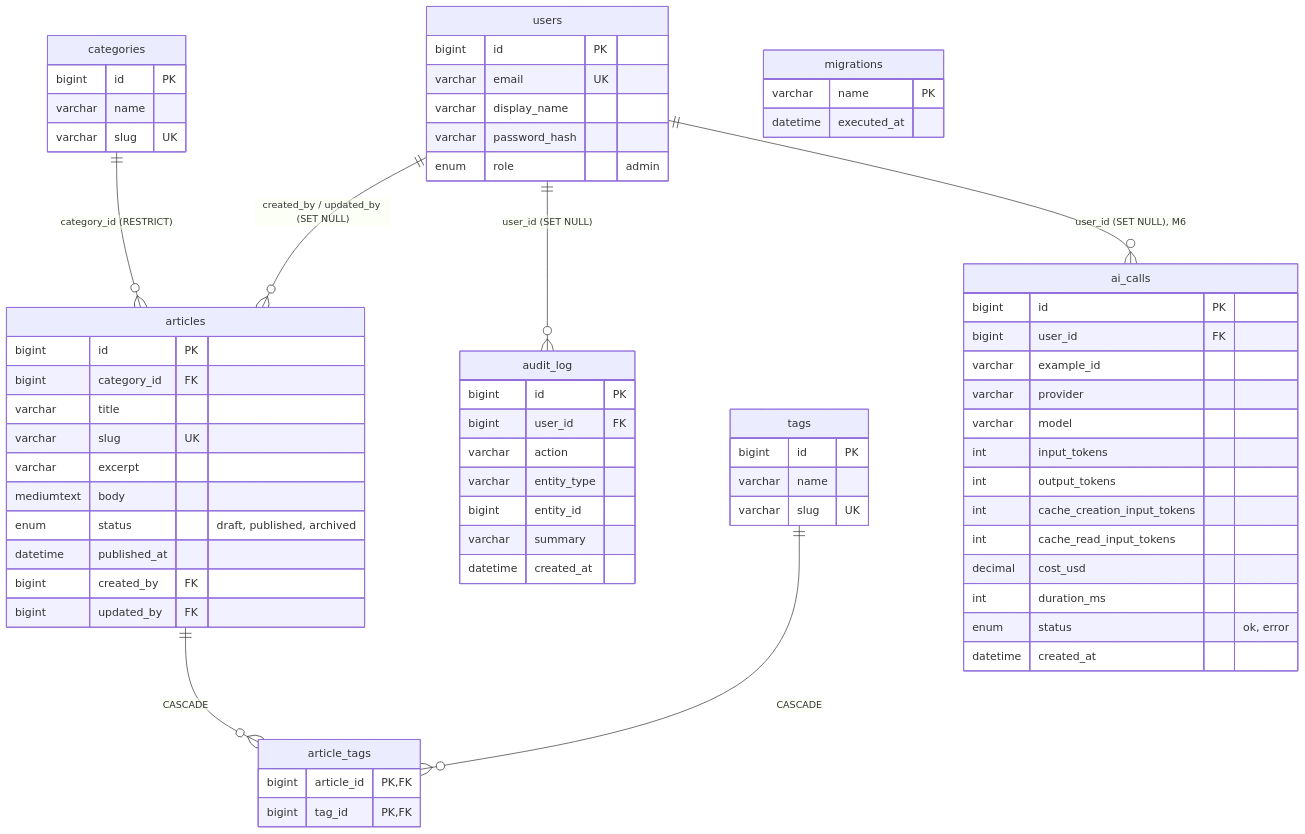
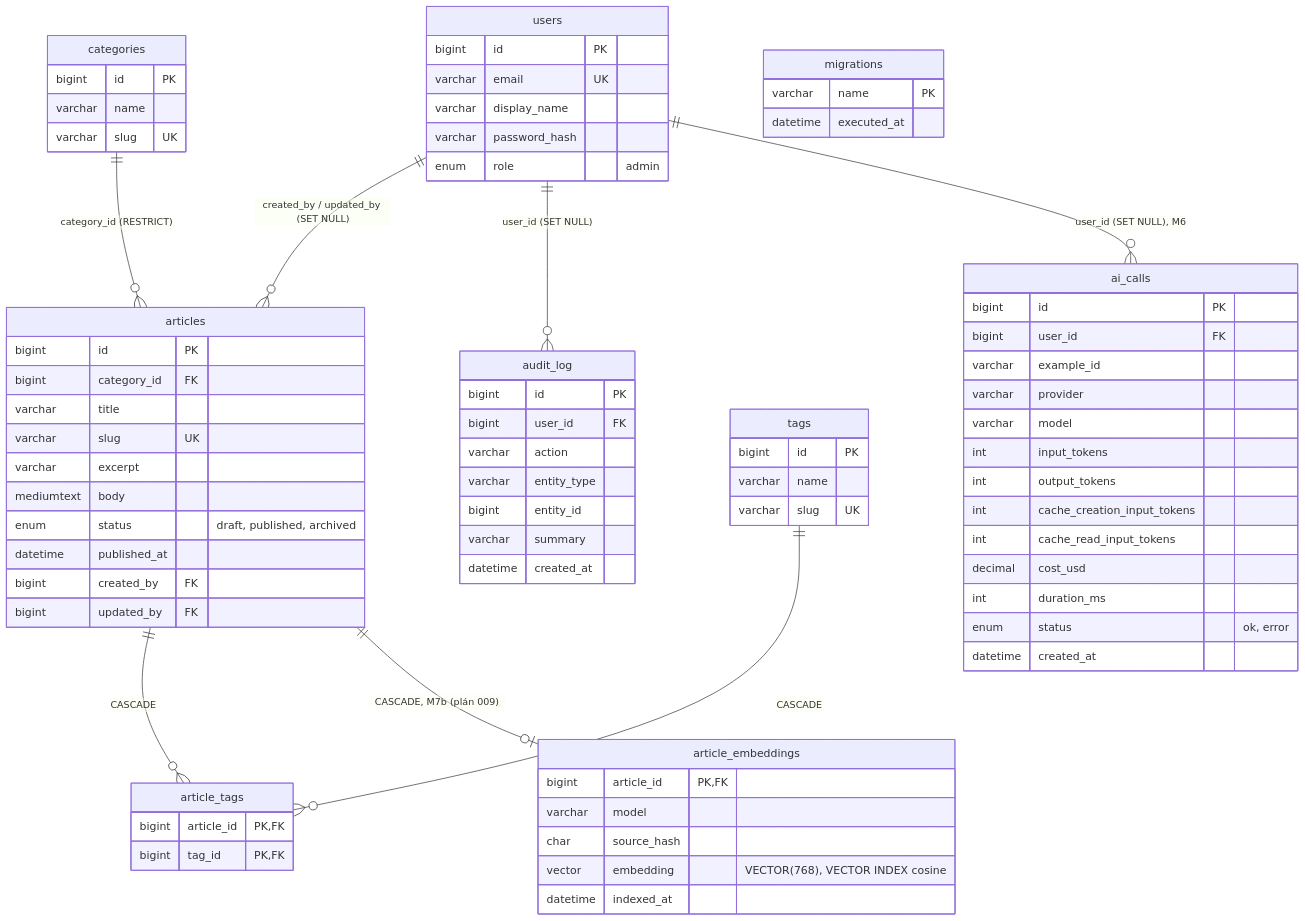
The fifth of 5 diagrams in docs/architektura.md (rehorxsamsa/t360-php-agent-rs), drawn with Mermaid before and after one commit. The commit also changed other lines of this file and 6 other files, not shown here.

````diff
--- a/docs/architektura.md
+++ b/docs/architektura.md
@@ -220,70 +240,78 @@
 ```mermaid
 erDiagram
     users ||--o{ articles : "created_by / updated_by (SET NULL)"
     users ||--o{ audit_log : "user_id (SET NULL)"
     categories ||--o{ articles : "category_id (RESTRICT)"
     articles ||--o{ article_tags : "CASCADE"
     tags ||--o{ article_tags : "CASCADE"
     users {
         bigint id PK
         varchar email UK
         varchar display_name
         varchar password_hash
         enum role "admin"
     }
     categories {
         bigint id PK
         varchar name
         varchar slug UK
     }
     tags {
         bigint id PK
         varchar name
         varchar slug UK
     }
     articles {
         bigint id PK
         bigint category_id FK
         varchar title
         varchar slug UK
         varchar excerpt
         mediumtext body
         enum status "draft, published, archived"
         datetime published_at
         bigint created_by FK
         bigint updated_by FK
     }
     article_tags {
         bigint article_id PK, FK
         bigint tag_id PK, FK
     }
     audit_log {
         bigint id PK
         bigint user_id FK
         varchar action
         varchar entity_type
         bigint entity_id
         varchar summary
         datetime created_at
     }
     migrations {
         varchar name PK
         datetime executed_at
     }
     users ||--o{ ai_calls : "user_id (SET NULL), M6"
     ai_calls {
         bigint id PK
         bigint user_id FK
         varchar example_id
         varchar provider
         varchar model
         int input_tokens
         int output_tokens
         int cache_creation_input_tokens
         int cache_read_input_tokens
         decimal cost_usd
         int duration_ms
         enum status "ok, error"
         datetime created_at
     }
+    articles ||--o| article_embeddings : "CASCADE, M7b (plán 009)"
+    article_embeddings {
+        bigint article_id PK, FK
+        varchar model
+        char source_hash
+        vector embedding "VECTOR(768), VECTOR INDEX cosine"
+        datetime indexed_at
+    }
 ```
````
